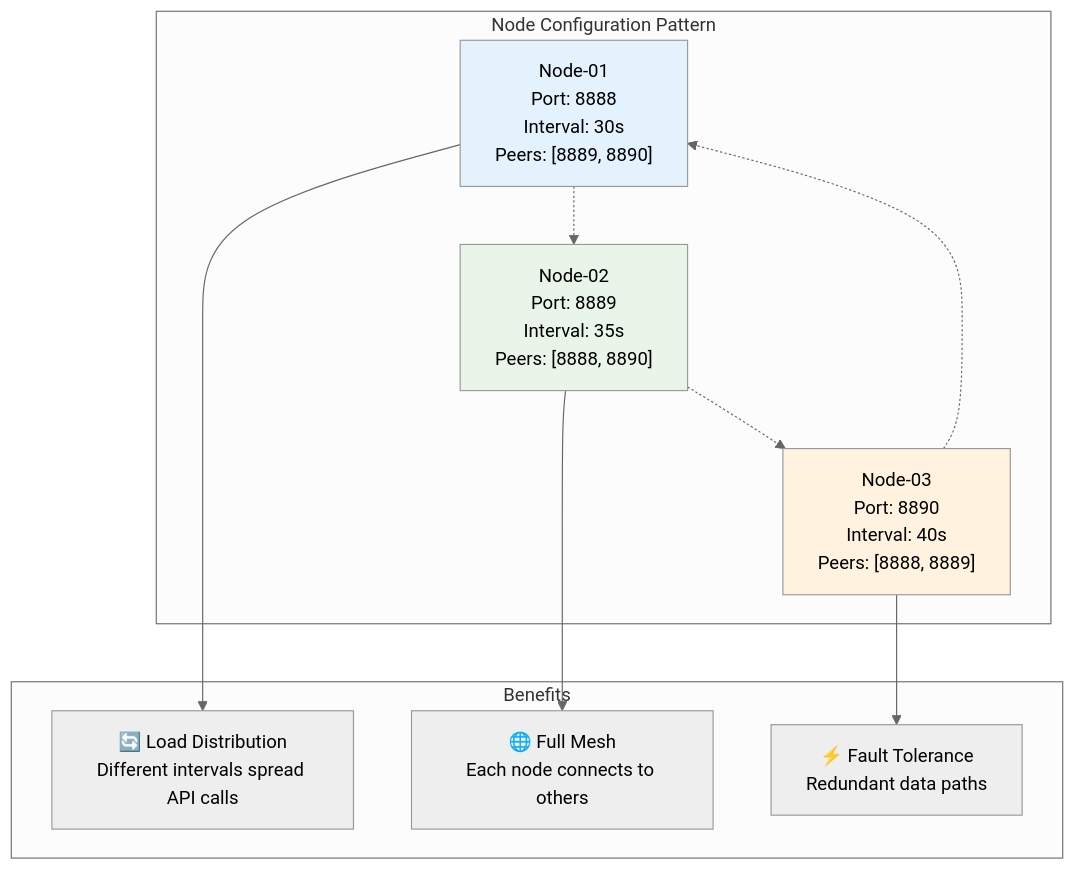
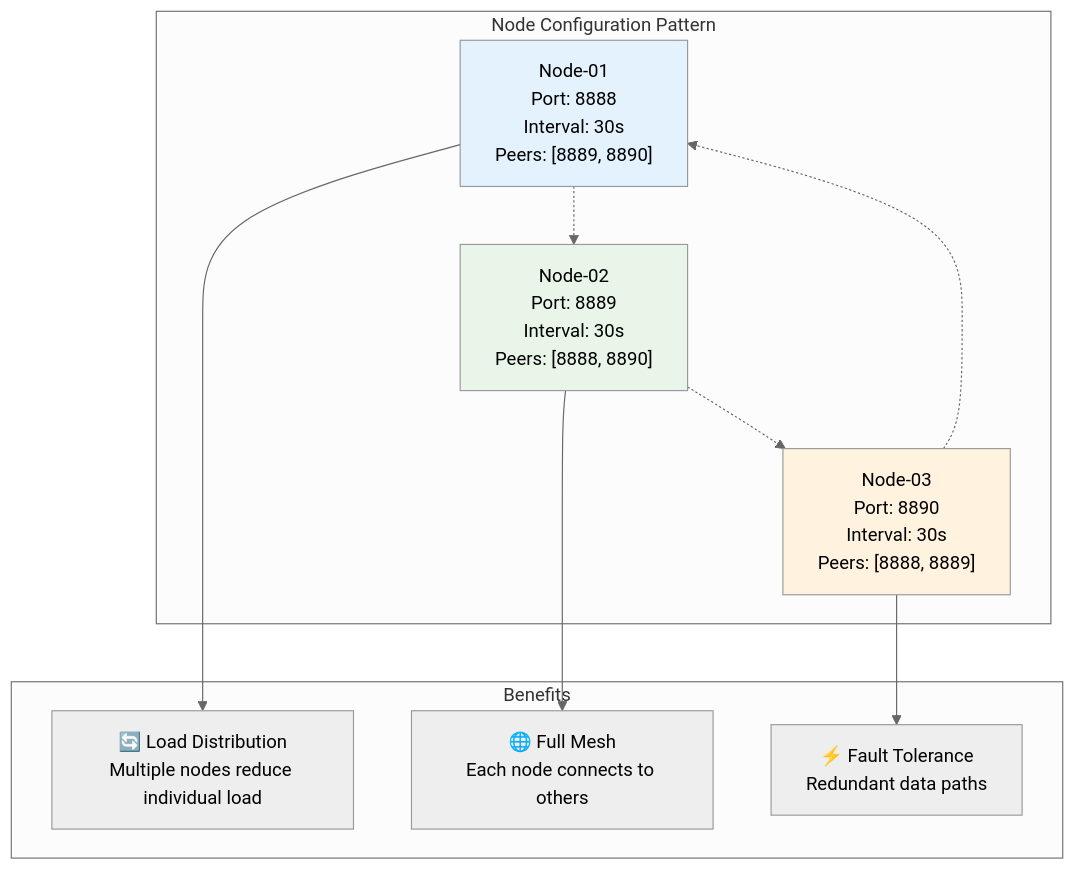
One commit to quanhua92/aipriceaction-proxy changed the seventh of 17 diagrams in docs/README.md. Above: the diagram before and after it, drawn with Mermaid (neutral theme). The commit also changed other lines of this file and 5 other files, not shown here.

````diff
--- a/docs/README.md
+++ b/docs/README.md
@@ -530,26 +530,26 @@
 ```mermaid
 graph TB
     subgraph "Node Configuration Pattern"
         N1["Node-01<br/>Port: 8888<br/>Interval: 30s<br/>Peers: [8889, 8890]"]
-        N2["Node-02<br/>Port: 8889<br/>Interval: 35s<br/>Peers: [8888, 8890]"]
-        N3["Node-03<br/>Port: 8890<br/>Interval: 40s<br/>Peers: [8888, 8889]"]
+        N2["Node-02<br/>Port: 8889<br/>Interval: 30s<br/>Peers: [8888, 8890]"]
+        N3["Node-03<br/>Port: 8890<br/>Interval: 30s<br/>Peers: [8888, 8889]"]
     end
     
     subgraph "Benefits"
-        B1["🔄 Load Distribution<br/>Different intervals spread API calls"]
+        B1["🔄 Load Distribution<br/>Multiple nodes reduce individual load"]
         B2["🌐 Full Mesh<br/>Each node connects to others"]
         B3["⚡ Fault Tolerance<br/>Redundant data paths"]
     end
     
     N1 -.-> N2
     N2 -.-> N3
     N3 -.-> N1
     
     N1 --> B1
     N2 --> B2
     N3 --> B3
     
     style N1 fill:#e3f2fd
     style N2 fill:#e8f5e8
     style N3 fill:#fff3e0
 ```
````
